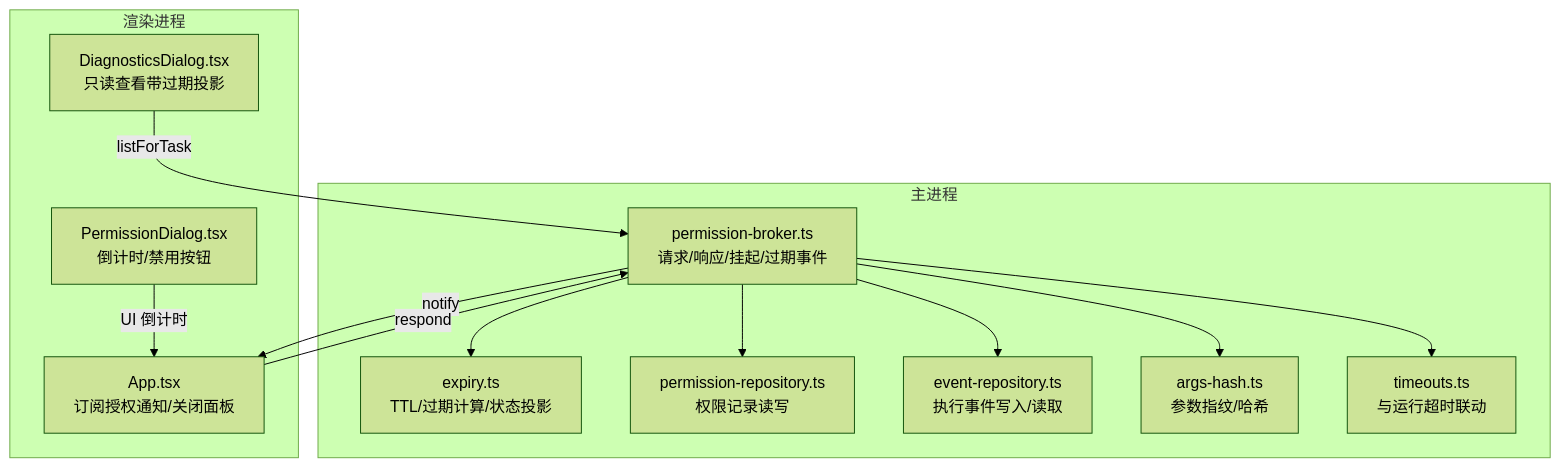
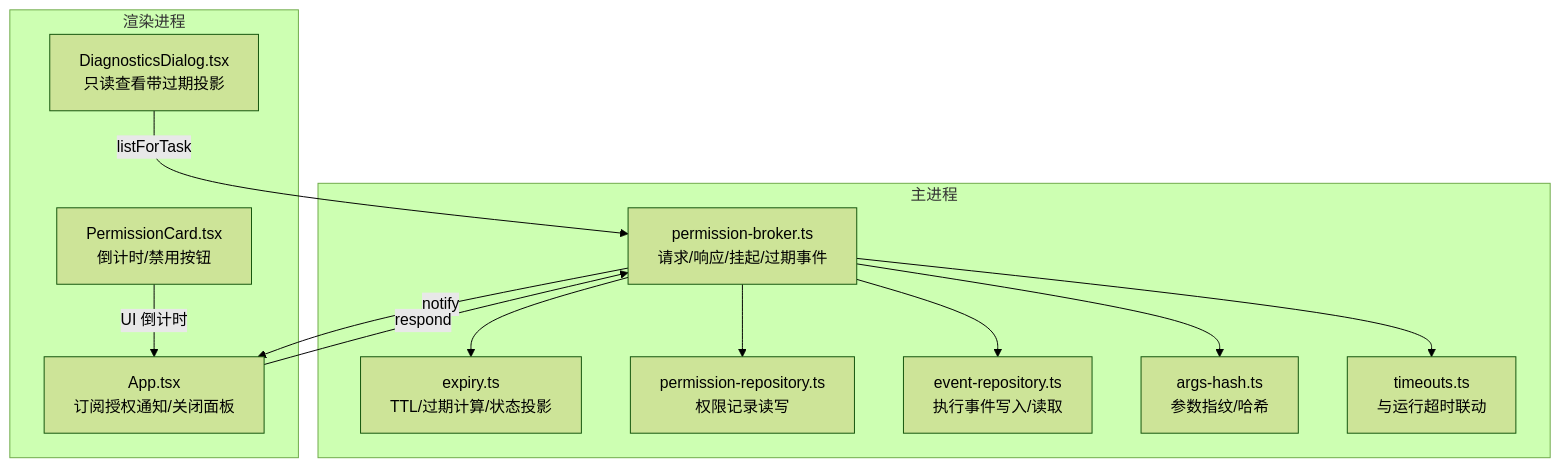
Before and after one commit to Azusa010/personal-agent: the first of 6 diagrams in .repowiki/zh/content/权限管理系统/过期管理.md, drawn with Mermaid (forest theme). The commit also changed other lines of this file and 88 other files, not shown here.

````diff
--- a/.repowiki/zh/content/权限管理系统/过期管理.md
+++ b/.repowiki/zh/content/权限管理系统/过期管理.md
@@ -46,25 +46,25 @@
 ```mermaid
 graph TB
 subgraph "主进程"
 A["expiry.ts<br/>TTL/过期计算/状态投影"]
 B["permission-broker.ts<br/>请求/响应/挂起/过期事件"]
 C["permission-repository.ts<br/>权限记录读写"]
 D["event-repository.ts<br/>执行事件写入/读取"]
 E["args-hash.ts<br/>参数指纹/哈希"]
 F["timeouts.ts<br/>与运行超时联动"]
 end
 subgraph "渲染进程"
 G["App.tsx<br/>订阅授权通知/关闭面板"]
-H["PermissionDialog.tsx<br/>倒计时/禁用按钮"]
+H["PermissionCard.tsx<br/>倒计时/禁用按钮"]
 I["DiagnosticsDialog.tsx<br/>只读查看带过期投影"]
 end
 B --> A
 B --> C
 B --> D
 B --> E
 B --> F
 B --> |notify| G
 G --> |respond| B
 H --> |UI 倒计时| G
 I --> |listForTask| B
 ```
````
